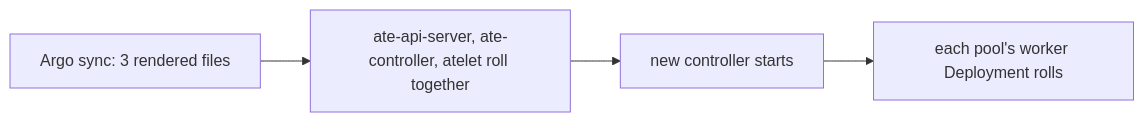
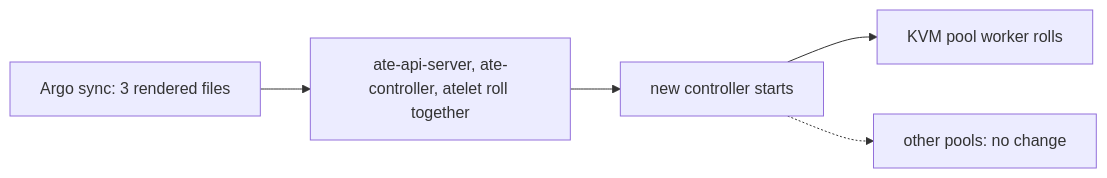
Before and after one commit to jomcgi-org/homelab: the second of 4 diagrams in projects/factory-cluster/README.md, drawn with Mermaid. The commit also changed other lines of this file and 3 other files, not shown here.

First line of the commit message:
feat(substrate): check that ForkSeed reaches only KVM pools' workers

````diff
--- a/projects/factory-cluster/README.md
+++ b/projects/factory-cluster/README.md
@@ -830,6 +830,7 @@
    ```mermaid
    flowchart LR
      S[Argo sync: 3 rendered files] --> A[ate-api-server, ate-controller, atelet roll together]
      A --> C[new controller starts]
-     C --> W[each pool's worker Deployment rolls]
+     C --> K[KVM pool worker rolls]
+     C -.-> N[other pools: no change]
    ```
````
